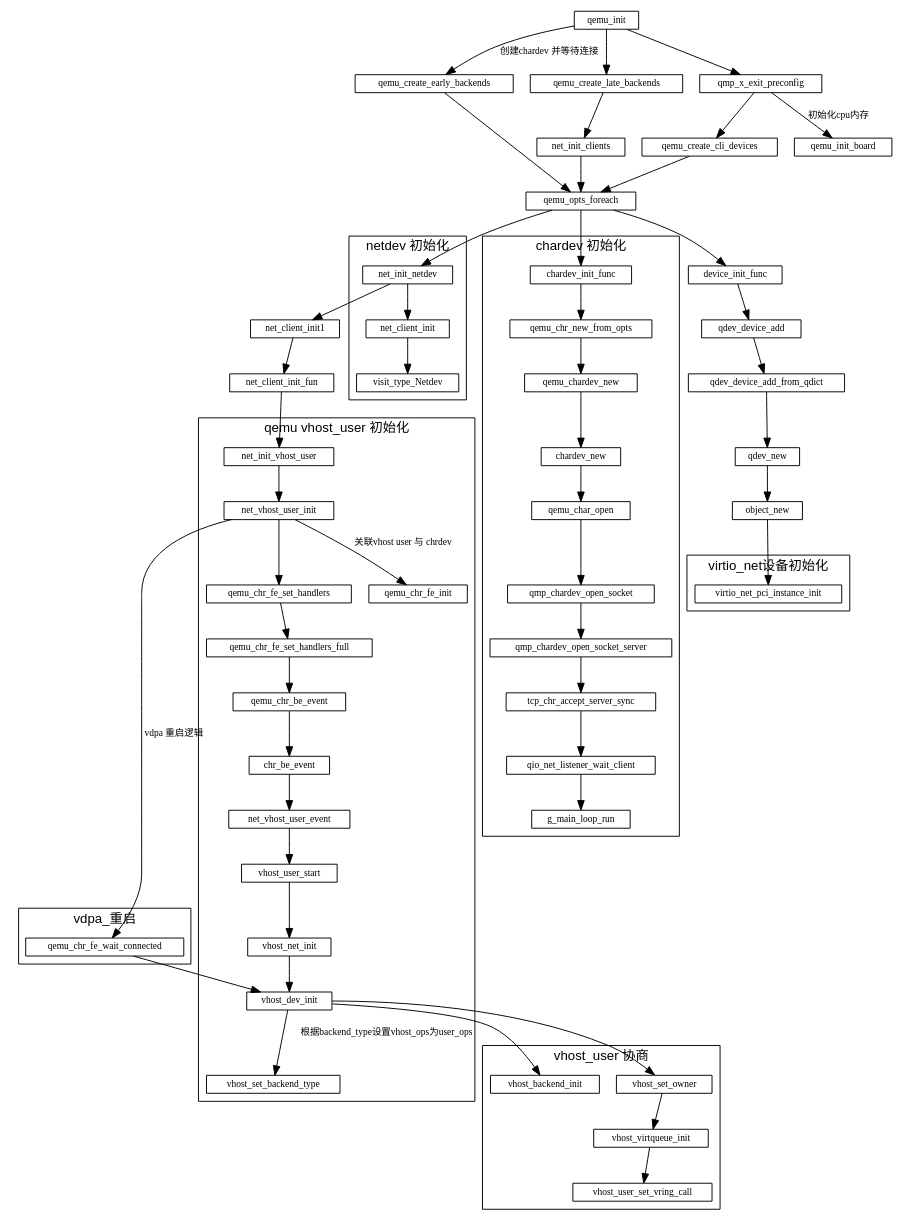
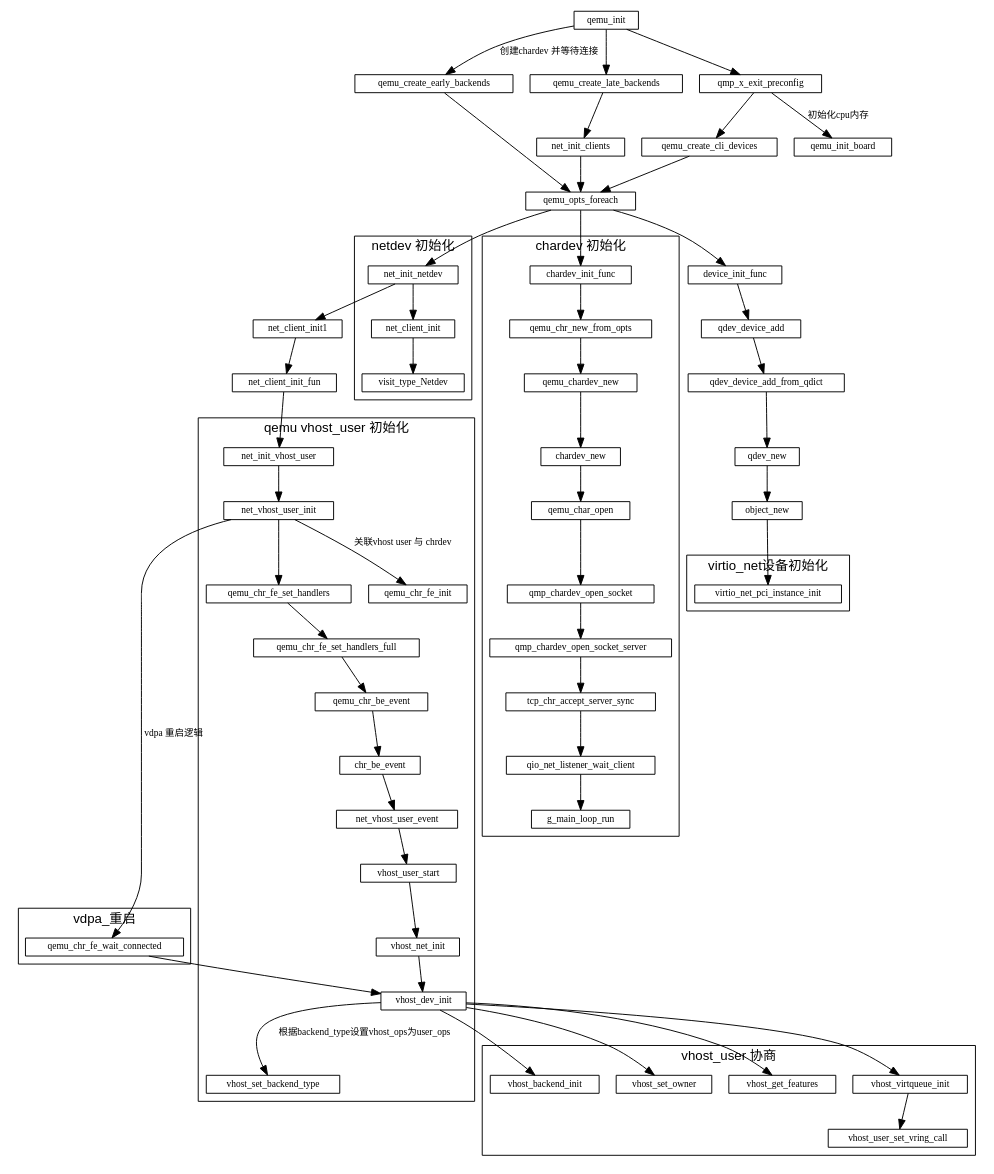
Before and after one commit to sisyphus1212/note: the diagram in qemu/qemu初始化.md, drawn with Graphviz.

Commit message:
auto_update

```diff
--- a/qemu/qemu初始化.md
+++ b/qemu/qemu初始化.md
@@ -69,8 +69,8 @@
         cluster=true;
         vhost_dev_init -> vhost_backend_init
         vhost_dev_init -> vhost_set_owner
-
-            -> vhost_virtqueue_init
+        vhost_dev_init -> vhost_get_features
+        vhost_dev_init -> vhost_virtqueue_init
             -> vhost_user_set_vring_call
         //vhost_net_init ->
     }
```
